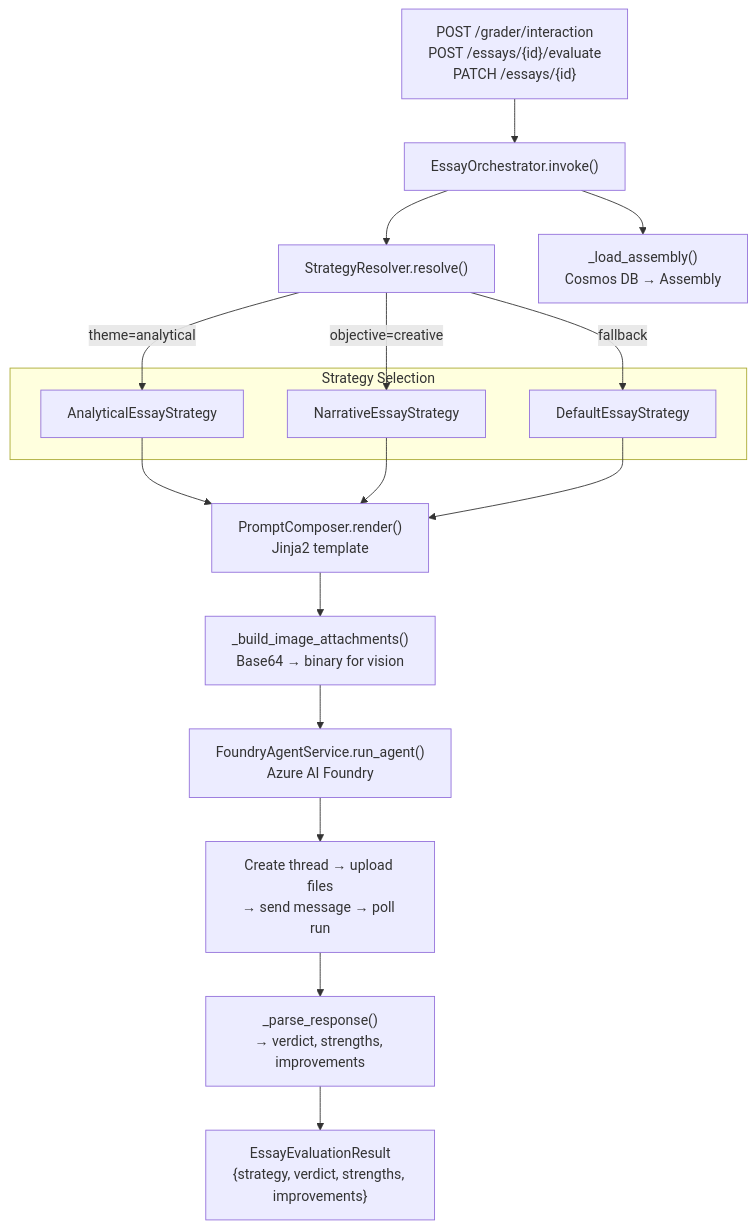
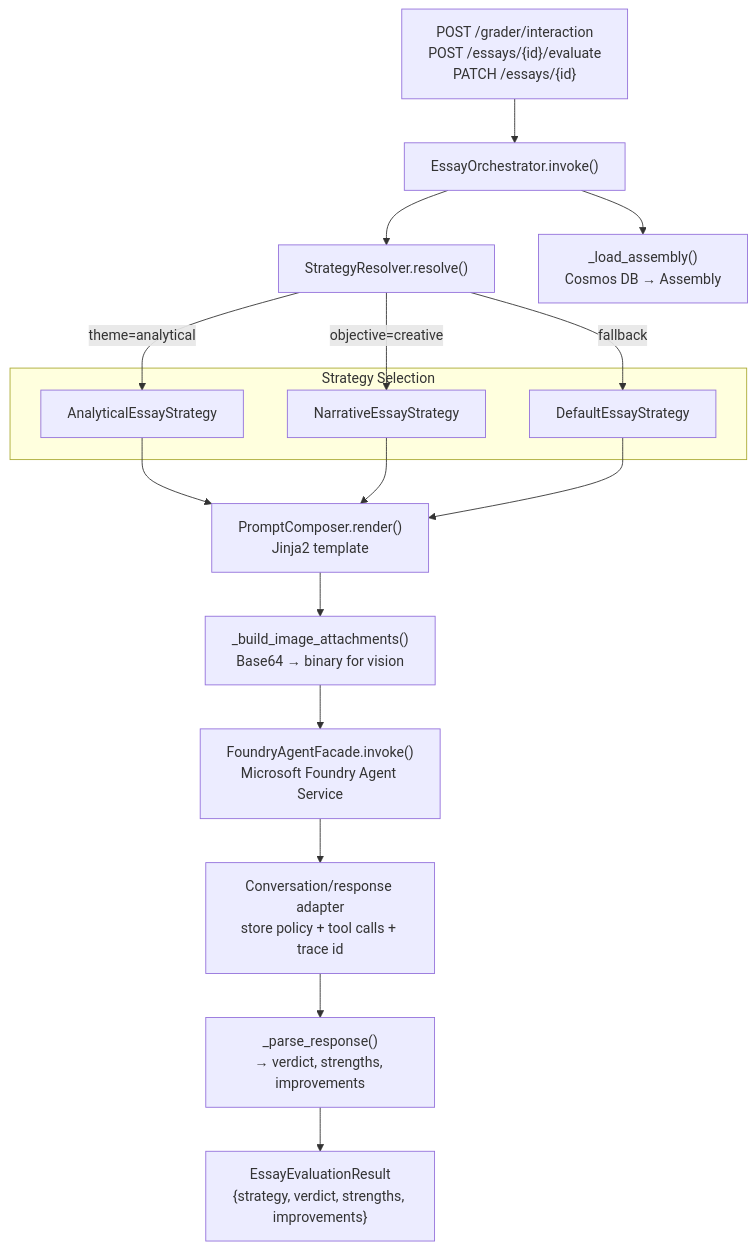
Before and after one commit to Azure-Samples/tutor: diagram 17 of 26 in docs/architecture.md, drawn with Mermaid. The commit also changed other lines of this file and 113 other files, not shown here.

````diff
--- a/docs/architecture.md
+++ b/docs/architecture.md
@@ -825,36 +825,36 @@
 ```mermaid
 flowchart TD
     API["POST /grader/interaction\nPOST /essays/{id}/evaluate\nPATCH /essays/{id}"]
     ORCH["EssayOrchestrator.invoke()"]
     RESOLVER["StrategyResolver.resolve()"]
     LOAD_ASSEMBLY["_load_assembly()\nCosmos DB → Assembly"]
 
     subgraph Strategies["Strategy Selection"]
         ANALYTICAL["AnalyticalEssayStrategy"]
         NARRATIVE["NarrativeEssayStrategy"]
         DEFAULT["DefaultEssayStrategy"]
     end
 
     COMPOSE["PromptComposer.render()\nJinja2 template"]
     ATTACHMENTS["_build_image_attachments()\nBase64 → binary for vision"]
-    FOUNDRY["FoundryAgentService.run_agent()\nAzure AI Foundry"]
-    THREAD["Create thread → upload files\n→ send message → poll run"]
+    FOUNDRY["FoundryAgentFacade.invoke()\nMicrosoft Foundry Agent Service"]
+    THREAD["Conversation/response adapter\nstore policy + tool calls + trace id"]
     PARSE["_parse_response()\n→ verdict, strengths, improvements"]
     RESULT["EssayEvaluationResult\n{strategy, verdict, strengths, improvements}"]
 
     API --> ORCH
     ORCH --> RESOLVER
     ORCH --> LOAD_ASSEMBLY
     RESOLVER -->|"theme=analytical"| ANALYTICAL
     RESOLVER -->|"objective=creative"| NARRATIVE
     RESOLVER -->|"fallback"| DEFAULT
     
     ANALYTICAL --> COMPOSE
     NARRATIVE --> COMPOSE
     DEFAULT --> COMPOSE
     COMPOSE --> ATTACHMENTS
     ATTACHMENTS --> FOUNDRY
     FOUNDRY --> THREAD
     THREAD --> PARSE
     PARSE --> RESULT
 ```
````
